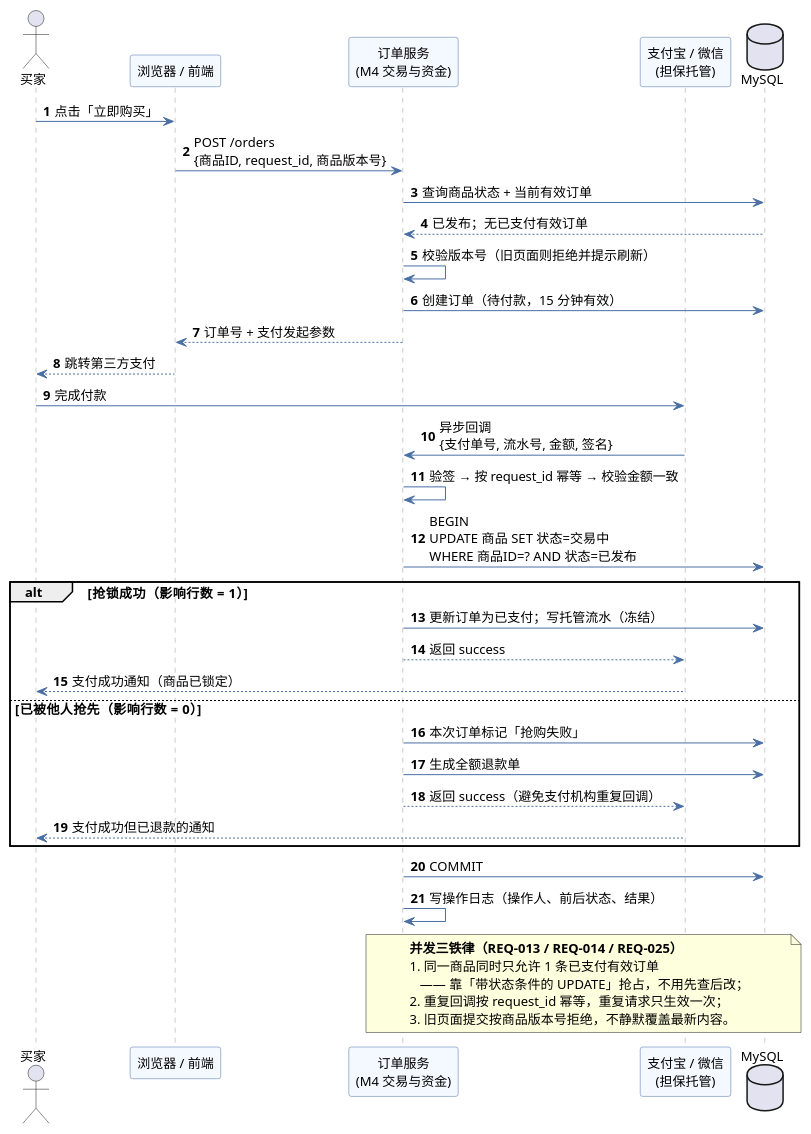
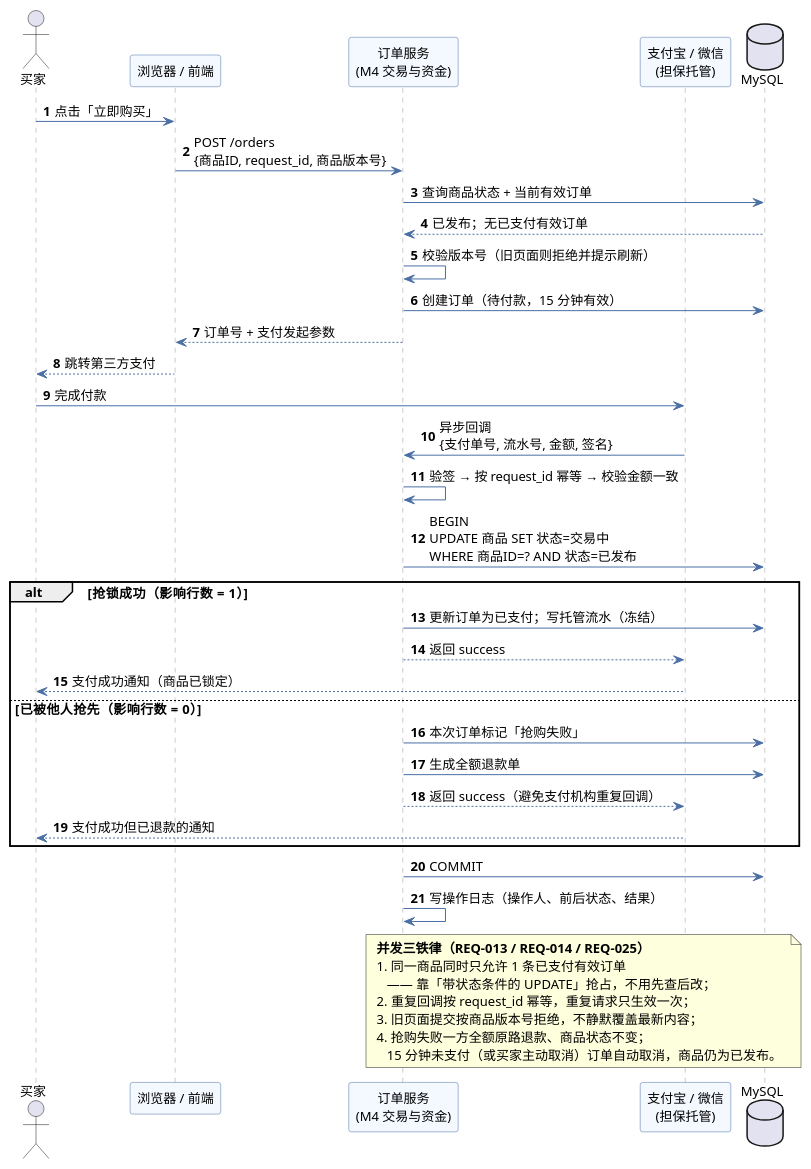
The diagram in lab02/UML/时序图.puml (XuHR233/SE-lab1-requirements), drawn with PlantUML before and after one commit. The commit also changed 15 other files, not shown here.

Commit message:
按需求逐条复核全部 UML 图：类图补结算记录/纠纷工单与角色枚举，活动图2 补 15 天自动退款与客服介入分支，订单状态图补自动退款与预售取消口径，用例图补客服说明

```diff
--- a/lab02/UML/时序图.puml
+++ b/lab02/UML/时序图.puml
@@ -1,57 +1,59 @@
 @startuml
 ' 实验二 · 二手交易系统 · 时序图（支付回调锁货：并发抢购的唯一一条成功路径）
 skinparam defaultFontName "Microsoft YaHei"
 skinparam defaultFontSize 13
 skinparam shadowing false
 skinparam sequence {
   ArrowColor #4A6FA5
   LifeLineBorderColor #999999
   ParticipantBackgroundColor #F4F8FF
   ParticipantBorderColor #4A6FA5
 }
 autonumber
 
 actor "买家" as Buyer
 participant "浏览器 / 前端" as FE
 participant "订单服务\n(M4 交易与资金)" as Order
 participant "支付宝 / 微信\n(担保托管)" as Pay
 database "MySQL" as DB
 
 Buyer -> FE : 点击「立即购买」
 FE -> Order : POST /orders\n{商品ID, request_id, 商品版本号}
 Order -> DB : 查询商品状态 + 当前有效订单
 DB --> Order : 已发布；无已支付有效订单
 
 Order -> Order : 校验版本号（旧页面则拒绝并提示刷新）
 Order -> DB : 创建订单（待付款，15 分钟有效）
 Order --> FE : 订单号 + 支付发起参数
 FE --> Buyer : 跳转第三方支付
 
 Buyer -> Pay : 完成付款
 Pay -> Order : 异步回调\n{支付单号, 流水号, 金额, 签名}
 Order -> Order : 验签 → 按 request_id 幂等 → 校验金额一致
 
 Order -> DB : BEGIN\nUPDATE 商品 SET 状态=交易中\nWHERE 商品ID=? AND 状态=已发布
 alt 抢锁成功（影响行数 = 1）
   Order -> DB : 更新订单为已支付；写托管流水（冻结）
   Order --> Pay : 返回 success
   Pay --> Buyer : 支付成功通知（商品已锁定）
 else 已被他人抢先（影响行数 = 0）
   Order -> DB : 本次订单标记「抢购失败」
   Order -> DB : 生成全额退款单
   Order --> Pay : 返回 success（避免支付机构重复回调）
   Pay --> Buyer : 支付成功但已退款的通知
 end
 
 Order -> DB : COMMIT
 Order -> Order : 写操作日志（操作人、前后状态、结果）
 
 note over Order, DB
   <b>并发三铁律（REQ-013 / REQ-014 / REQ-025）</b>
   1. 同一商品同时只允许 1 条已支付有效订单
      —— 靠「带状态条件的 UPDATE」抢占，不用先查后改；
   2. 重复回调按 request_id 幂等，重复请求只生效一次；
-  3. 旧页面提交按商品版本号拒绝，不静默覆盖最新内容。
+  3. 旧页面提交按商品版本号拒绝，不静默覆盖最新内容；
+  4. 抢购失败一方全额原路退款、商品状态不变；
+     15 分钟未支付（或买家主动取消）订单自动取消，商品仍为已发布。
 end note
 
 @enduml
```
